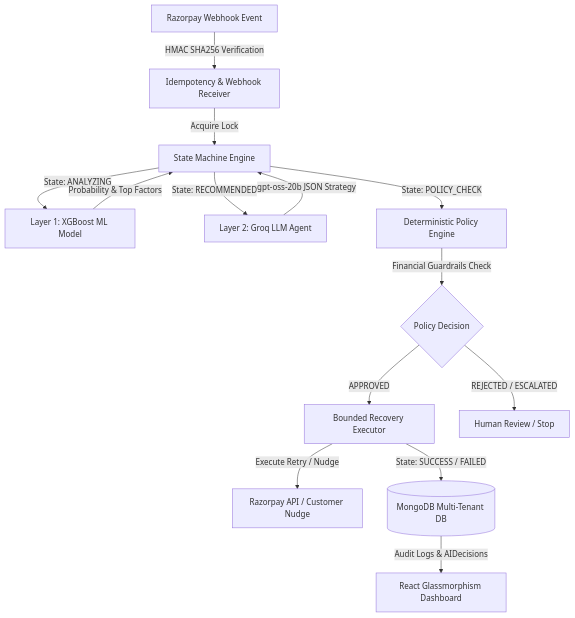
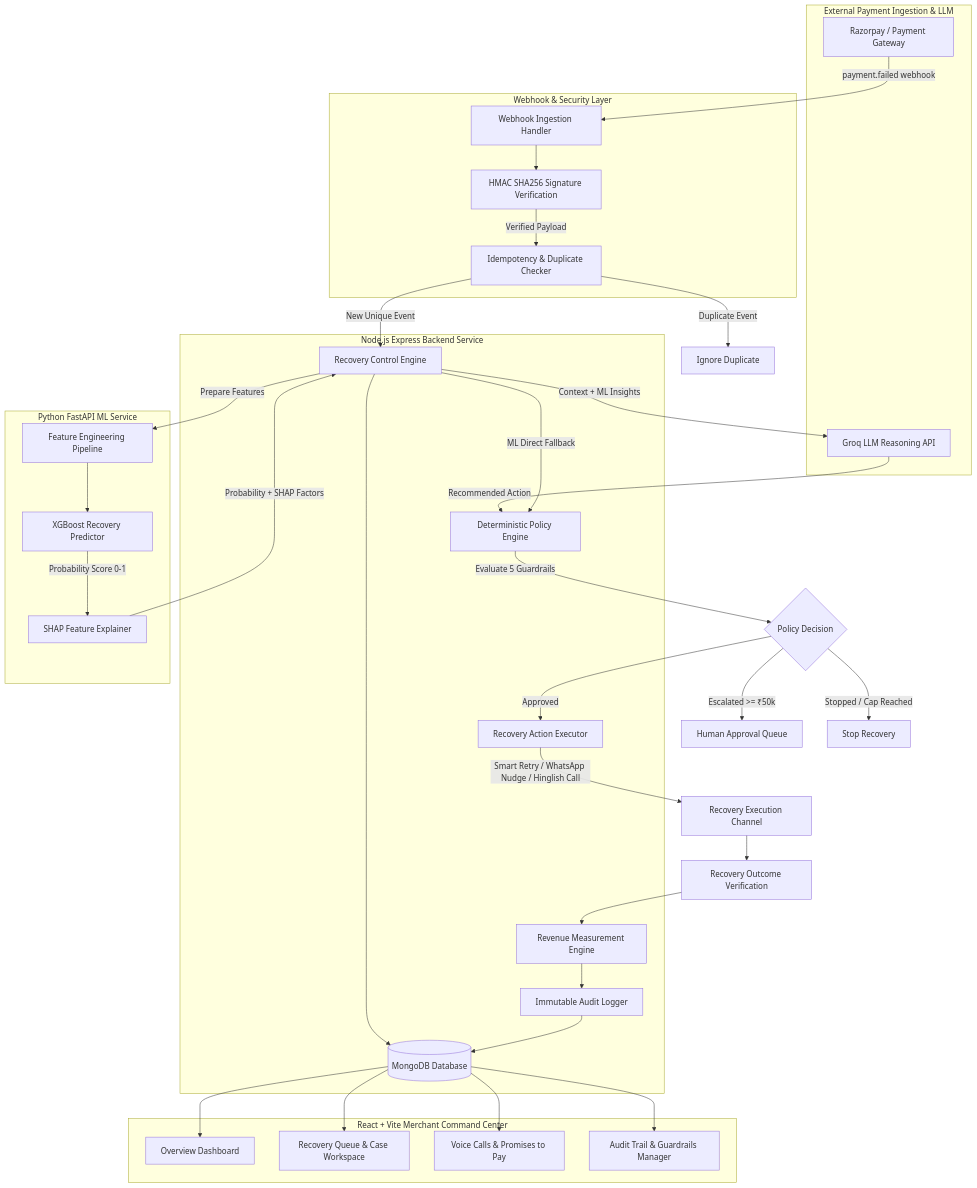
One commit to Immanuelj15/RecoverX changed the first of 2 diagrams in docs/architecture.md. Above: the diagram before and after it, drawn with Mermaid. The commit also changed other lines of this file and 4 other files, not shown here.

Commit message:
docs: complete forensic audit, API reference, contract verification, architecture diagrams, and README rewrite for Razorpay Buildathon 2026

````diff
--- a/docs/architecture.md
+++ b/docs/architecture.md
@@ -15,16 +9,74 @@
 ```mermaid
-graph TD
-    A[Razorpay Webhook Event] -->|HMAC SHA256 Verification| B[Idempotency & Webhook Receiver]
-    B -->|Acquire Lock| C[State Machine Engine]
-    C -->|State: ANALYZING| D[Layer 1: XGBoost ML Model]
-    D -->|Probability & Top Factors| C
-    C -->|State: RECOMMENDED| E[Layer 2: Groq LLM Agent]
-    E -->|gpt-oss-20b JSON Strategy| C
-    C -->|State: POLICY_CHECK| F[Deterministic Policy Engine]
-    F -->|Financial Guardrails Check| G{Policy Decision}
-    G -->|APPROVED| H[Bounded Recovery Executor]
-    G -->|REJECTED / ESCALATED| I[Human Review / Stop]
-    H -->|Execute Retry / Nudge| J[Razorpay API / Customer Nudge]
-    H -->|State: SUCCESS / FAILED| K[(MongoDB Multi-Tenant DB)]
-    K -->|Audit Logs & AIDecisions| L[React Glassmorphism Dashboard]
+flowchart TB
+
+    subgraph External ["External Payment Ingestion & LLM"]
+        A[Razorpay / Payment Gateway]
+        G_LLM[Groq LLM Reasoning API]
+    end
+
+    subgraph Webhook_Layer ["Webhook & Security Layer"]
+        B[Webhook Ingestion Handler]
+        C[HMAC SHA256 Signature Verification]
+        D[Idempotency & Duplicate Checker]
+    end
+
+    subgraph Backend_Core ["Node.js Express Backend Service"]
+        E[Recovery Control Engine]
+        F[(MongoDB Database)]
+        M[Deterministic Policy Engine]
+        O[Recovery Action Executor]
+        T[Revenue Measurement Engine]
+        U[Immutable Audit Logger]
+    end
+
+    subgraph ML_Service ["Python FastAPI ML Service"]
+        G[Feature Engineering Pipeline]
+        H[XGBoost Recovery Predictor]
+        I[SHAP Feature Explainer]
+    end
+
+    subgraph UI_Layer ["React + Vite Merchant Command Center"]
+        V[Overview Dashboard]
+        W[Recovery Queue & Case Workspace]
+        X[Voice Calls & Promises to Pay]
+        Y[Audit Trail & Guardrails Manager]
+    end
+
+    %% Webhook Ingestion Flow
+    A -->|payment.failed webhook| B
+    B --> C
+    C -->|Verified Payload| D
+    D -->|New Unique Event| E
+    D -->|Duplicate Event| STOP_DUP[Ignore Duplicate]
+
+    %% Persistence & Feature Extraction
+    E --> F
+    E -->|Prepare Features| G
+    G --> H
+    H -->|Probability Score 0-1| I
+    I -->|Probability + SHAP Factors| E
+
+    %% AI Reasoning & Policy Evaluation
+    E -->|Context + ML Insights| G_LLM
+    G_LLM -->|Recommended Action| M
+    E -->|ML Direct Fallback| M
+    M -->|Evaluate 5 Guardrails| N{Policy Decision}
+
+    %% Policy Decisions
+    N -->|Approved| O
+    N -->|Escalated >= ₹50k| P[Human Approval Queue]
+    N -->|Stopped / Cap Reached| Q[Stop Recovery]
+
+    %% Execution & Outcome
+    O -->|Smart Retry / WhatsApp Nudge / Hinglish Call| R[Recovery Execution Channel]
+    R --> S[Recovery Outcome Verification]
+    S --> T
+    T --> U
+    U --> F
+
+    %% UI Consumption
+    F --> V
+    F --> W
+    F --> X
+    F --> Y
 ```
````
